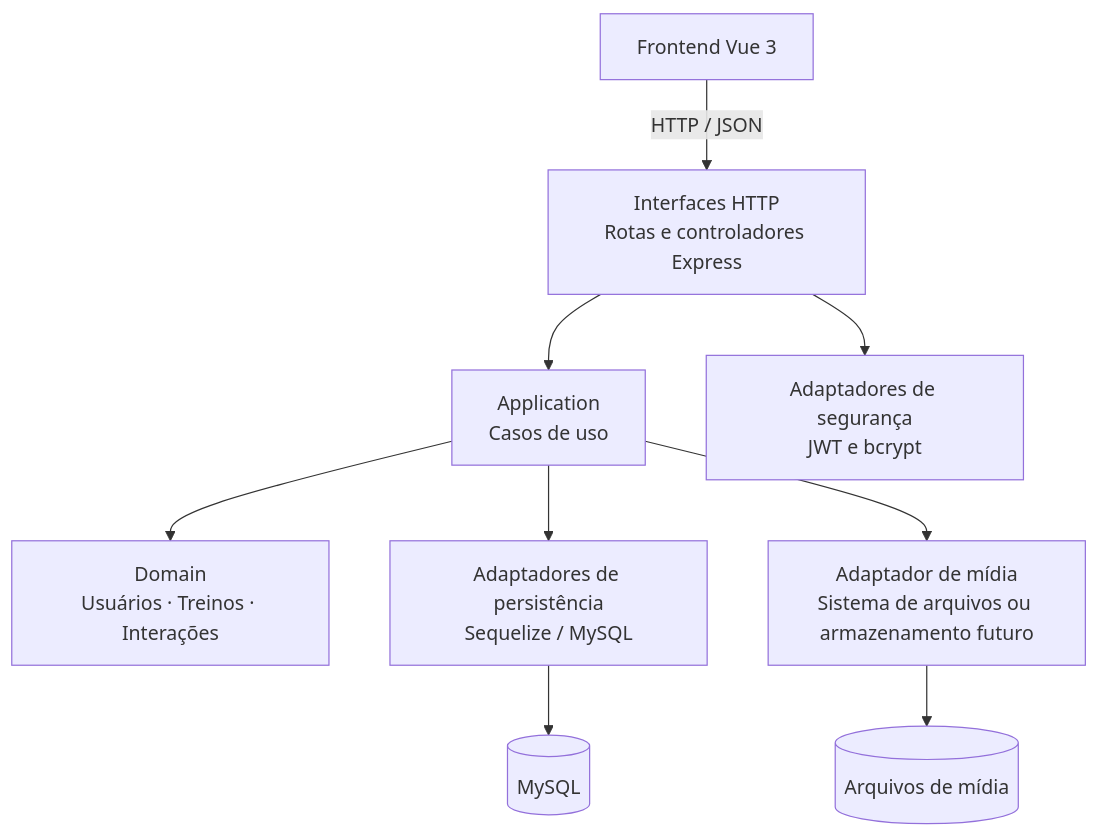
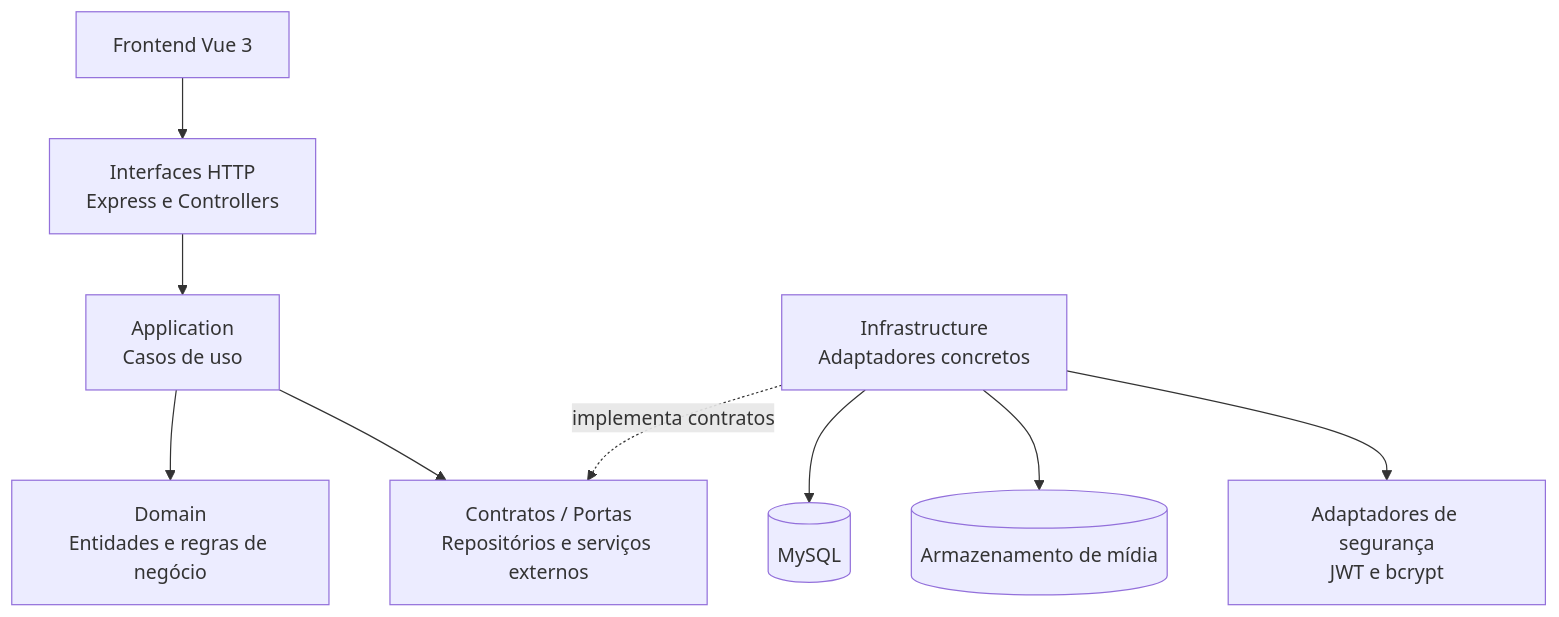
The diagram in fittrack-ddd/diagrams/arquitetura-ddd.md (brunnof-asquino/FitTrack-Arquitetura-Software), drawn with Mermaid before and after one commit. The commit also changed other lines of this file, not shown here.

Commit message:
Update arquitetura-ddd.md
Corrigido o diagrama de dependências DDD

````diff
--- a/fittrack-ddd/diagrams/arquitetura-ddd.md
+++ b/fittrack-ddd/diagrams/arquitetura-ddd.md
@@ -5,21 +7,21 @@
 ```mermaid
 flowchart TB
-    FE[Frontend Vue 3]
-    HTTP[Interfaces HTTP\nRotas e controladores Express]
-    APP[Application\nCasos de uso]
-    DOM[Domain\nUsuários · Treinos · Interações]
-    REPO[Adaptadores de persistência\nSequelize / MySQL]
-    MEDIA[Adaptador de mídia\nSistema de arquivos ou armazenamento futuro]
-    SEC[Adaptadores de segurança\nJWT e bcrypt]
-    DB[(MySQL)]
-    FS[(Arquivos de mídia)]
+    FE["Frontend Vue 3"]
+    HTTP["Interfaces HTTP<br/>Express e Controllers"]
+    APP["Application<br/>Casos de uso"]
+    DOM["Domain<br/>Entidades e regras de negócio"]
+    PORTS["Contratos / Portas<br/>Repositórios e serviços externos"]
+    INFRA["Infrastructure<br/>Adaptadores concretos"]
+    DB[("MySQL")]
+    MEDIA[("Armazenamento de mídia")]
+    SECURITY["Adaptadores de segurança<br/>JWT e bcrypt"]
 
-    FE -->|HTTP / JSON| HTTP
+    FE --> HTTP
     HTTP --> APP
     APP --> DOM
-    APP --> REPO
-    APP --> MEDIA
-    HTTP --> SEC
-    REPO --> DB
-    MEDIA --> FS
+    APP --> PORTS
+    INFRA -. "implementa contratos" .-> PORTS
+    INFRA --> DB
+    INFRA --> MEDIA
+    INFRA --> SECURITY
 ```
````
